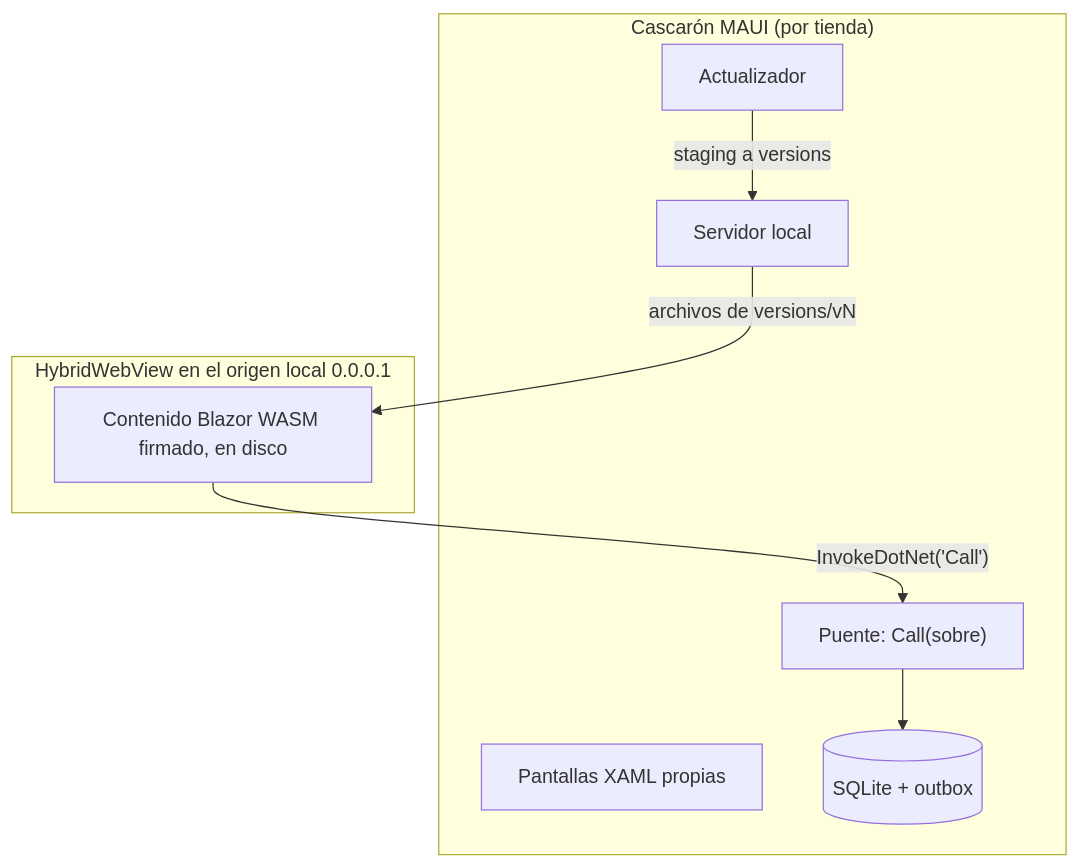
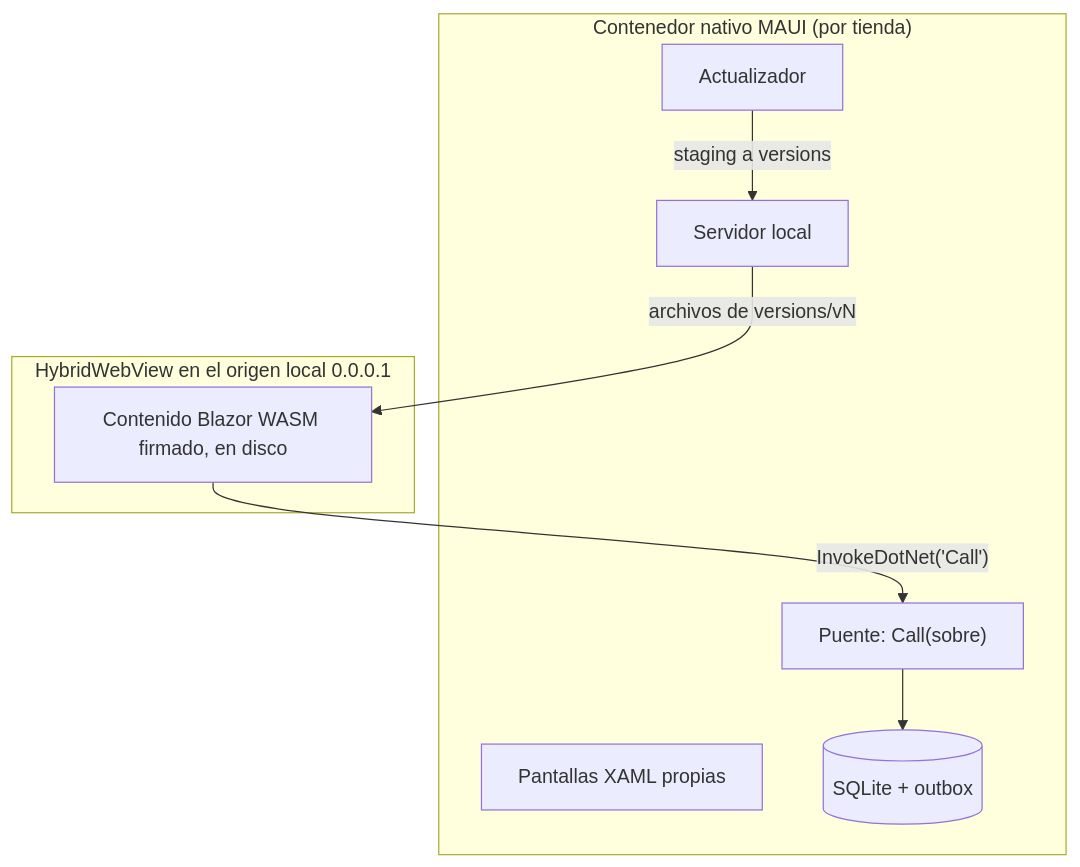
Before and after one commit to hdcm-dev/Lab-Documentos: the second of 27 diagrams in Concepts/Framework-Concept/MAUI-Framework-Developer-Guide.md, drawn with Mermaid. The commit also changed other lines of this file and 10 other files, not shown here.

First line of the commit message:
Framework-Concept: «cascarón» → «contenedor nativo» (ADR-0001) y pauta Apple 4.7.2

````diff
--- a/Concepts/Framework-Concept/MAUI-Framework-Developer-Guide.md
+++ b/Concepts/Framework-Concept/MAUI-Framework-Developer-Guide.md
@@ -185,17 +185,17 @@
 ```mermaid
 flowchart TB
-  subgraph APK["Cascarón MAUI (por tienda)"]
+  subgraph APK["Contenedor nativo MAUI (por tienda)"]
     UI["Pantallas XAML propias"]
     ACT["Actualizador"]
     PUE["Puente: Call(sobre)"]
     DB[("SQLite + outbox")]
     SRV["Servidor local"]
   end
   subgraph WV["HybridWebView en el origen local 0.0.0.1"]
     C["Contenido Blazor WASM firmado, en disco"]
   end
   SRV -- "archivos de versions/vN" --> C
   C -- "InvokeDotNet('Call')" --> PUE
   PUE --> DB
   ACT -- "staging a versions" --> SRV
 ```
````
